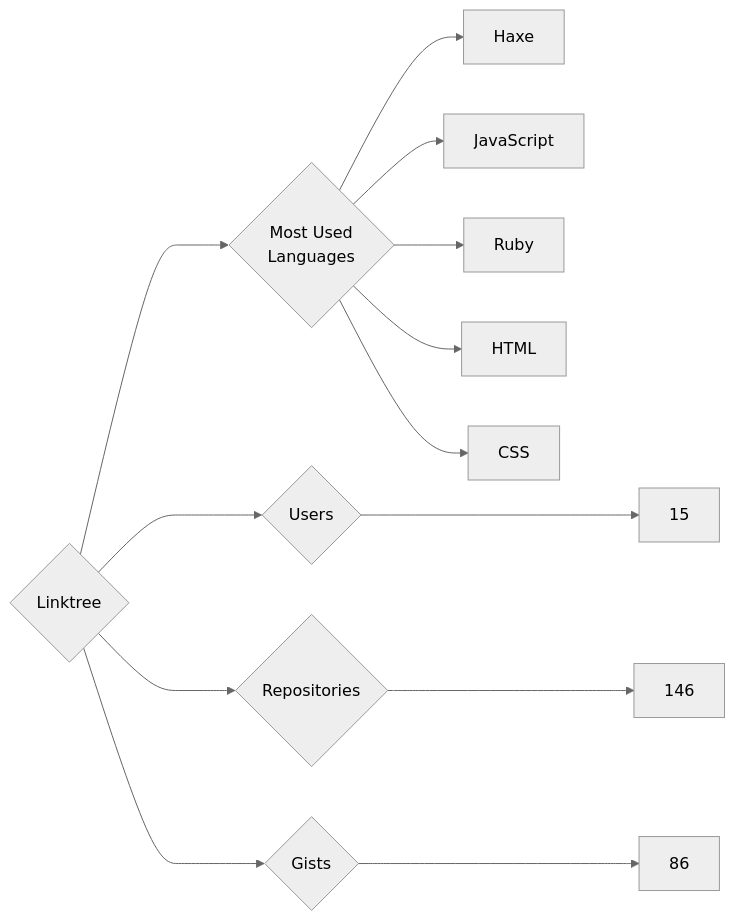
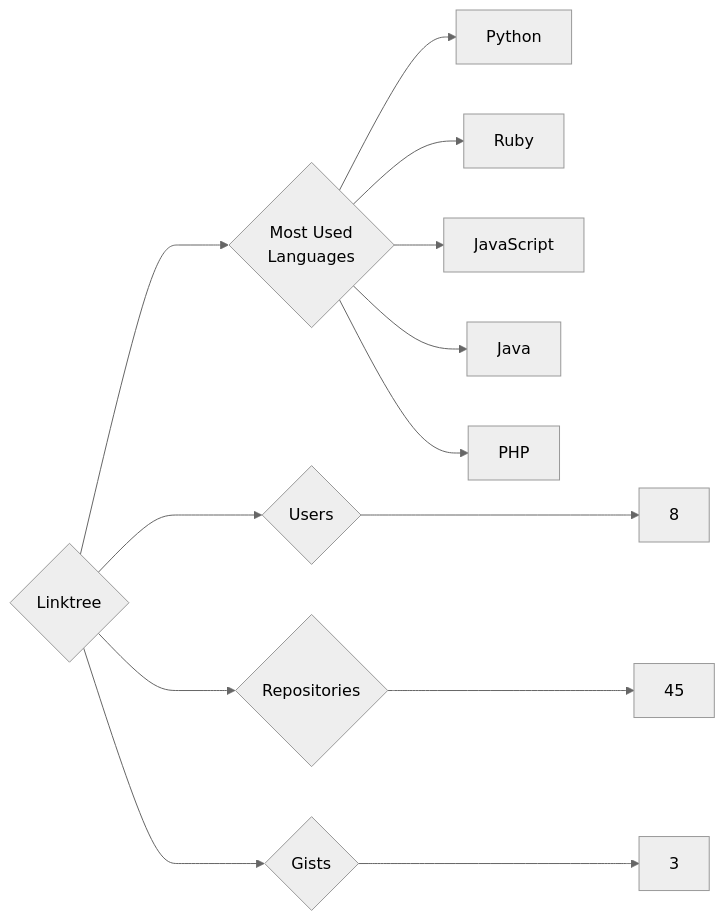
One commit to trickest/insiders changed the diagram in targets/Linktree/README.md. Above: the diagram before and after it, drawn with Mermaid (neutral theme). The commit also changed 695 other files, not shown here.

````diff
--- a/targets/Linktree/README.md
+++ b/targets/Linktree/README.md
@@ -3,13 +3,13 @@
 ```mermaid
 graph LR
 COMPANY_NAME{Linktree}
-COMPANY_NAME ---> U{Users} ---> UN[15]
-COMPANY_NAME ---> R{Repositories} ---> RN[146]
-COMPANY_NAME ---> G{Gists} ---> GN[86]
+COMPANY_NAME ---> U{Users} ---> UN[8]
+COMPANY_NAME ---> R{Repositories} ---> RN[45]
+COMPANY_NAME ---> G{Gists} ---> GN[3]
 COMPANY_NAME ---> ML{Most Used<br>Languages}
-ML --> Haxe[Haxe]
+ML --> Python[Python]
+ML --> Ruby[Ruby]
 ML --> JavaScript[JavaScript]
-ML --> Ruby[Ruby]
-ML --> HTML[HTML]
-ML --> CSS[CSS]
+ML --> Java[Java]
+ML --> PHP[PHP]
 ```
````
